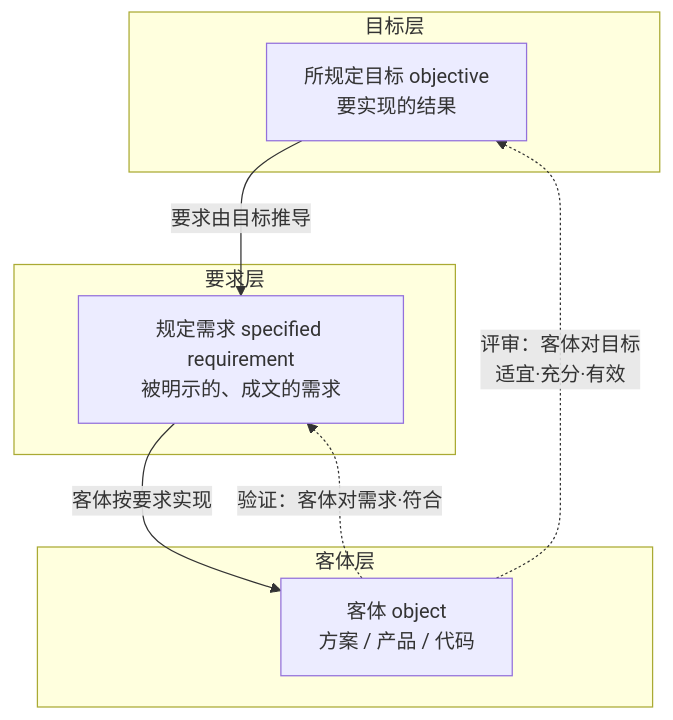
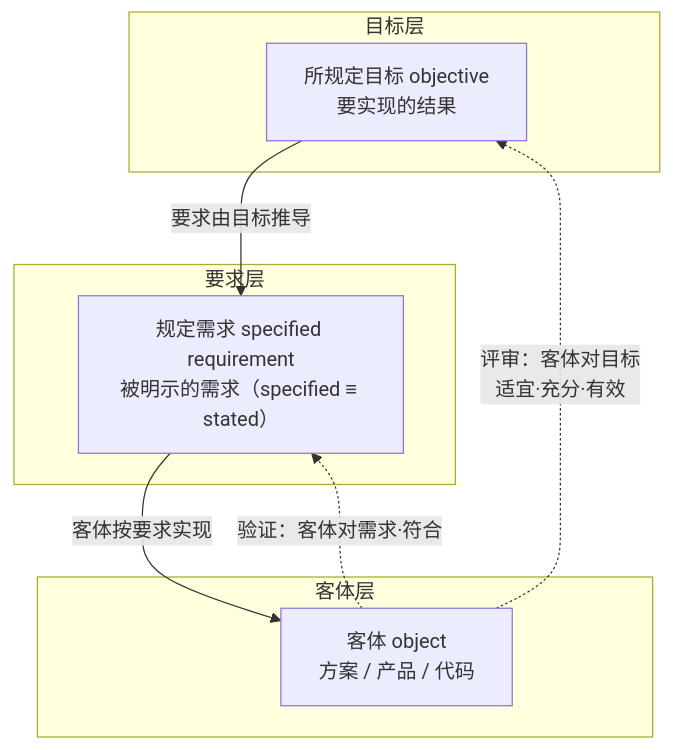
The sixth of 21 diagrams in 100-subprojects/01-系统工程研究/00-系统工程相关研究报告/03-评审概念研究报告-从评审定义到需求管理.md (Yongjunzhou/AOS-system-design), drawn with Mermaid before and after one commit. The commit also changed other lines of this file and 38 other files, not shown here.

````diff
--- a/100-subprojects/01-系统工程研究/00-系统工程相关研究报告/03-评审概念研究报告-从评审定义到需求管理.md
+++ b/100-subprojects/01-系统工程研究/00-系统工程相关研究报告/03-评审概念研究报告-从评审定义到需求管理.md
@@ -226,16 +238,16 @@
 ```mermaid
 flowchart TB
     subgraph 顶层["目标层"]
         T["所规定目标 objective<br/>要实现的结果"]
     end
     subgraph 中层["要求层"]
-        R["规定需求 specified requirement<br/>被明示的、成文的需求"]
+        R["规定需求 specified requirement<br/>被明示的需求（specified ≡ stated）"]
     end
     subgraph 底层["客体层"]
         O["客体 object<br/>方案 / 产品 / 代码"]
     end
     T -->|"要求由目标推导"| R
     R -->|"客体按要求实现"| O
     O -.->|"评审：客体对目标<br/>适宜·充分·有效"| T
     O -.->|"验证：客体对需求·符合"| R
 ```
````
